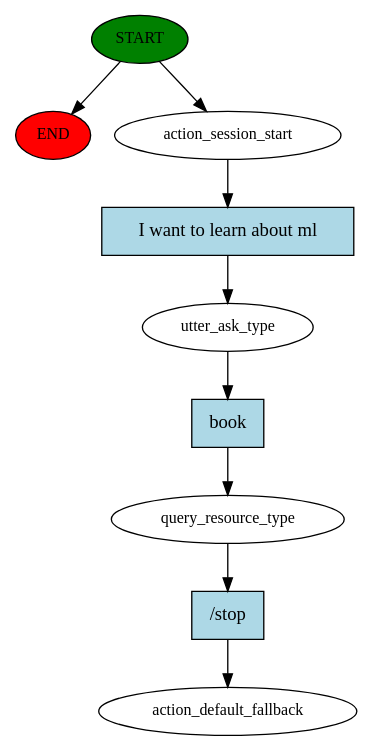
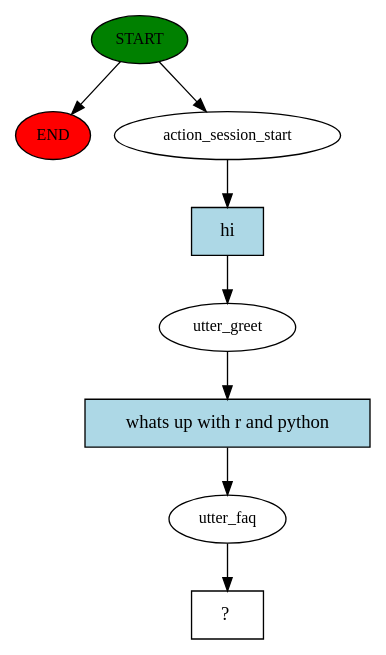
One commit to rctatman/personal_website_bot changed the diagram in story_graph.dot. Above: the diagram before and after it, drawn with Graphviz. The commit also changed 14 other files, not shown here.

```diff
--- a/story_graph.dot
+++ b/story_graph.dot
@@ -1,19 +1,17 @@
 digraph  {
 0 [class="start active", fillcolor=green, fontsize=12, label=START, style=filled];
 "-1" [class=end, fillcolor=red, fontsize=12, label=END, style=filled];
 1 [class=active, fontsize=12, label=action_session_start];
-2 [class=active, fontsize=12, label=utter_ask_type];
-3 [class=active, fontsize=12, label=query_resource_type];
-4 [class="dashed active", fontsize=12, label=action_default_fallback];
-5 [class="intent active", fillcolor=lightblue, label="I want to learn about ml", shape=rect, style=filled];
-6 [class="intent active", fillcolor=lightblue, label=book, shape=rect, style=filled];
-7 [class="intent active", fillcolor=lightblue, label="/stop", shape=rect, style=filled];
+2 [class=active, fontsize=12, label=utter_greet];
+3 [class=active, fontsize=12, label=utter_faq];
+4 [class="intent dashed active", label="  ?  ", shape=rect];
+5 [class="intent active", fillcolor=lightblue, label=hi, shape=rect, style=filled];
+6 [class="intent active", fillcolor=lightblue, label="whats up with r and python", shape=rect, style=filled];
 0 -> "-1"  [class="", key=NONE, label=""];
 0 -> 1  [class=active, key=NONE, label=""];
 1 -> 5  [class=active, key=0];
 2 -> 6  [class=active, key=0];
-3 -> 7  [class=active, key=0];
+3 -> 4  [class=active, key=NONE, label=""];
 5 -> 2  [class=active, key=0];
 6 -> 3  [class=active, key=0];
-7 -> 4  [class=active, key=0];
 }
```
